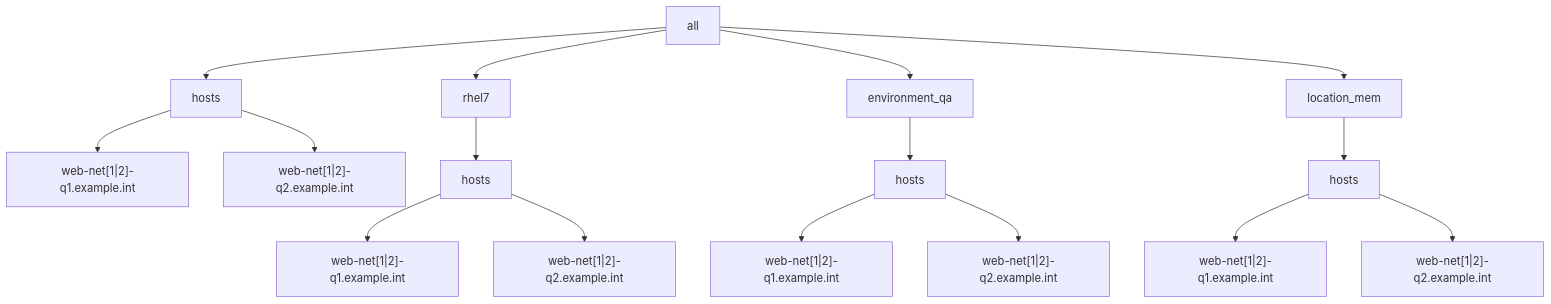
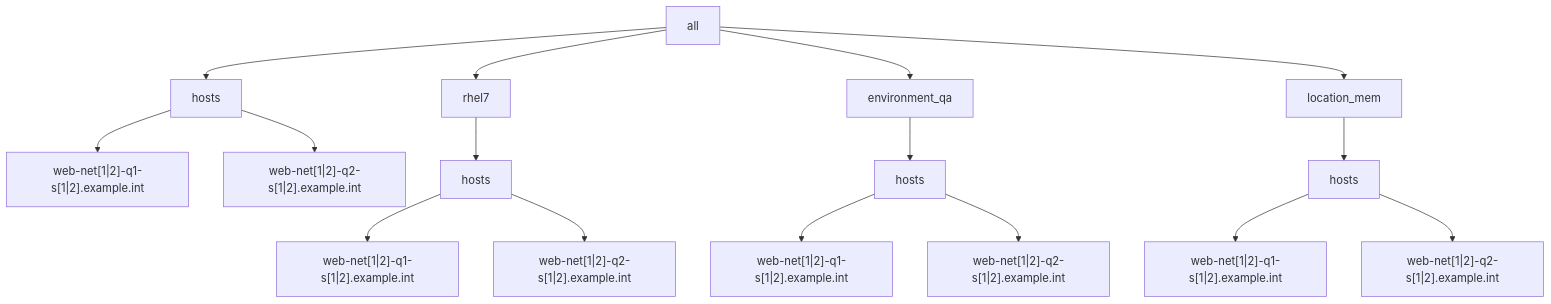
Before and after one commit to lj020326/Ansible-inventory-file-examples: the second of 2 diagrams in tests/ansible-multiple-yaml-inventories/example1/README.md, drawn with Mermaid.

Commit message:
develop-lj - 	modified:   tests/ansible-multiple-yaml-inventories/example1/README.md

````diff
--- a/tests/ansible-multiple-yaml-inventories/example1/README.md
+++ b/tests/ansible-multiple-yaml-inventories/example1/README.md
@@ -68,18 +68,18 @@
 ```mermaid
 graph TD;
     A[all] --> C[hosts]
     A[all] --> D[rhel7]
     A[all] --> E[environment_qa]
     A[all] --> F[location_mem]
-    C --> H["web-net[1|2]-q1.example.int"]
-    C --> I["web-net[1|2]-q2.example.int"]
+    C --> H["web-net[1|2]-q1-s[1|2].example.int"]
+    C --> I["web-net[1|2]-q2-s[1|2].example.int"]
     D --> J[hosts]
-    J --> K["web-net[1|2]-q1.example.int"]
-    J --> L["web-net[1|2]-q2.example.int"]
+    J --> K["web-net[1|2]-q1-s[1|2].example.int"]
+    J --> L["web-net[1|2]-q2-s[1|2].example.int"]
     E --> M[hosts]
-    M --> N["web-net[1|2]-q1.example.int"]
-    M --> O["web-net[1|2]-q2.example.int"]
+    M --> N["web-net[1|2]-q1-s[1|2].example.int"]
+    M --> O["web-net[1|2]-q2-s[1|2].example.int"]
     F --> P[hosts]
-    P --> Q["web-net[1|2]-q1.example.int"]
-    P --> R["web-net[1|2]-q2.example.int"]
+    P --> Q["web-net[1|2]-q1-s[1|2].example.int"]
+    P --> R["web-net[1|2]-q2-s[1|2].example.int"]
 ```
````
